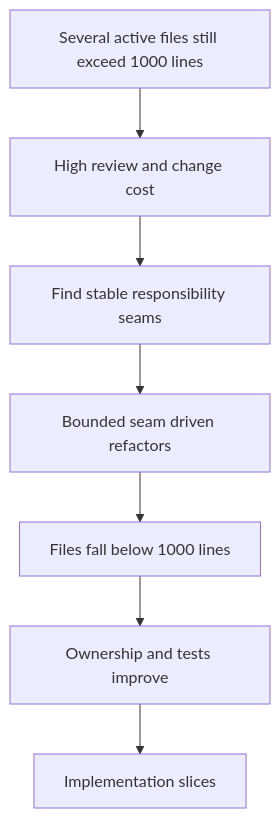
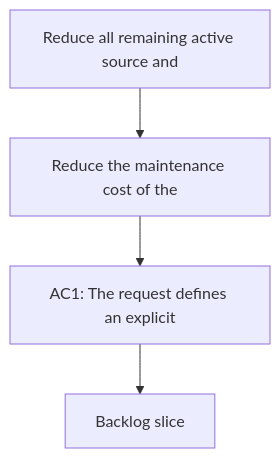
Before and after one commit to AlexAgo83/logics-manager: the diagram in logics/request/req_131_reduce_all_remaining_active_source_and_test_files_below_1000_lines_with_seam_driven_refactors.md, drawn with Mermaid. The commit also changed other lines of this file and 481 other files, not shown here.

````diff
--- a/logics/request/req_131_reduce_all_remaining_active_source_and_test_files_below_1000_lines_with_seam_driven_refactors.md
+++ b/logics/request/req_131_reduce_all_remaining_active_source_and_test_files_below_1000_lines_with_seam_driven_refactors.md
@@ -63,11 +66,8 @@
 ```mermaid
 %% logics-kind: request
 %% logics-signature: request|reduce-all-remaining-active-source-and-t|reduce-the-maintenance-cost-of-the|ac1-the-request-defines-an-explicit
 flowchart TD
-    Inventory[Several active files still exceed 1000 lines] --> Cost[High review and change cost]
-    Cost --> Seams[Find stable responsibility seams]
-    Seams --> Split[Bounded seam driven refactors]
-    Split --> Threshold[Files fall below 1000 lines]
-    Threshold --> Confidence[Ownership and tests improve]
-    Confidence --> Backlog[Implementation slices]
+    Trigger[Reduce all remaining active source and] --> Need[Reduce the maintenance cost of the]
+    Need --> Outcome[AC1: The request defines an explicit]
+    Outcome --> Backlog[Backlog slice]
 ```
````
